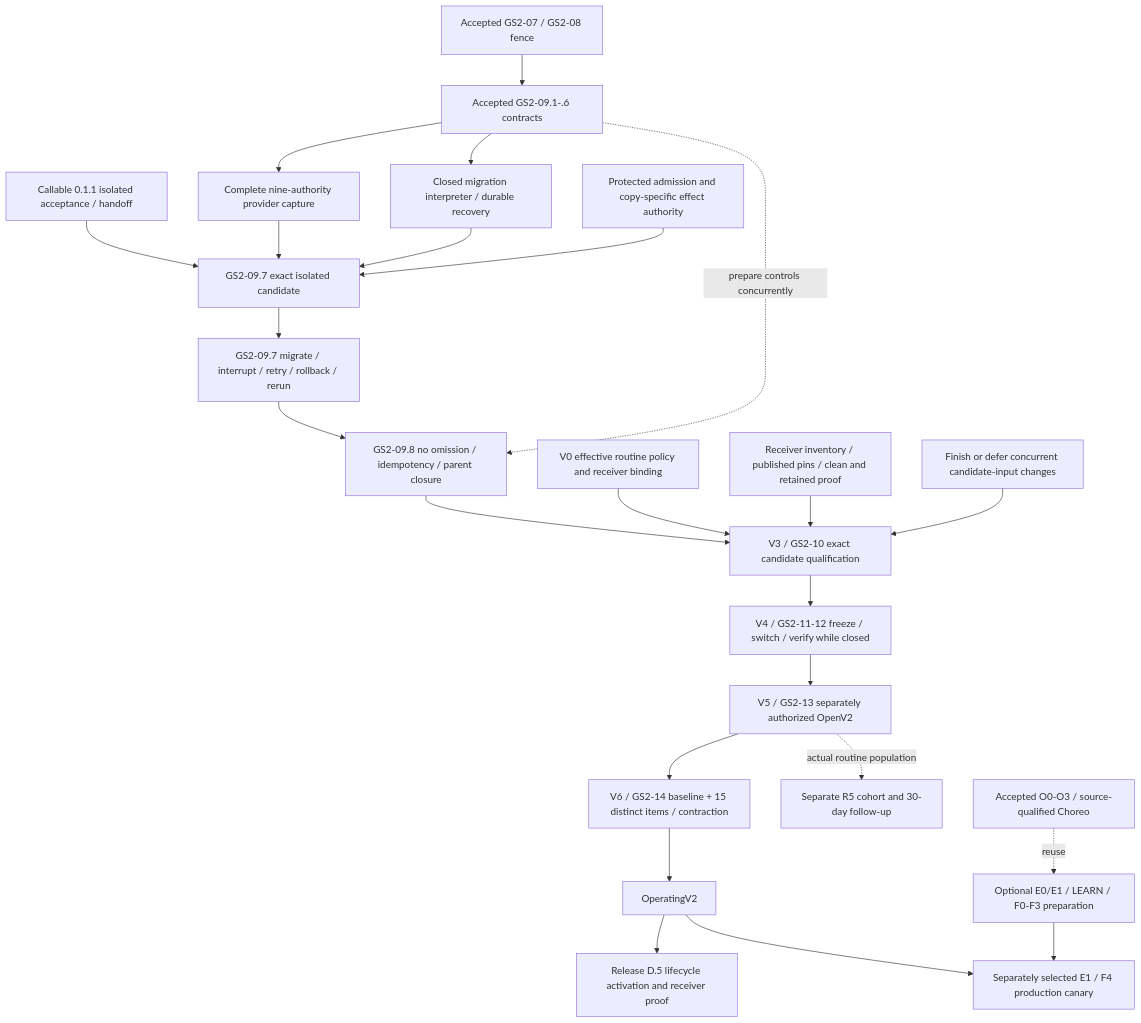
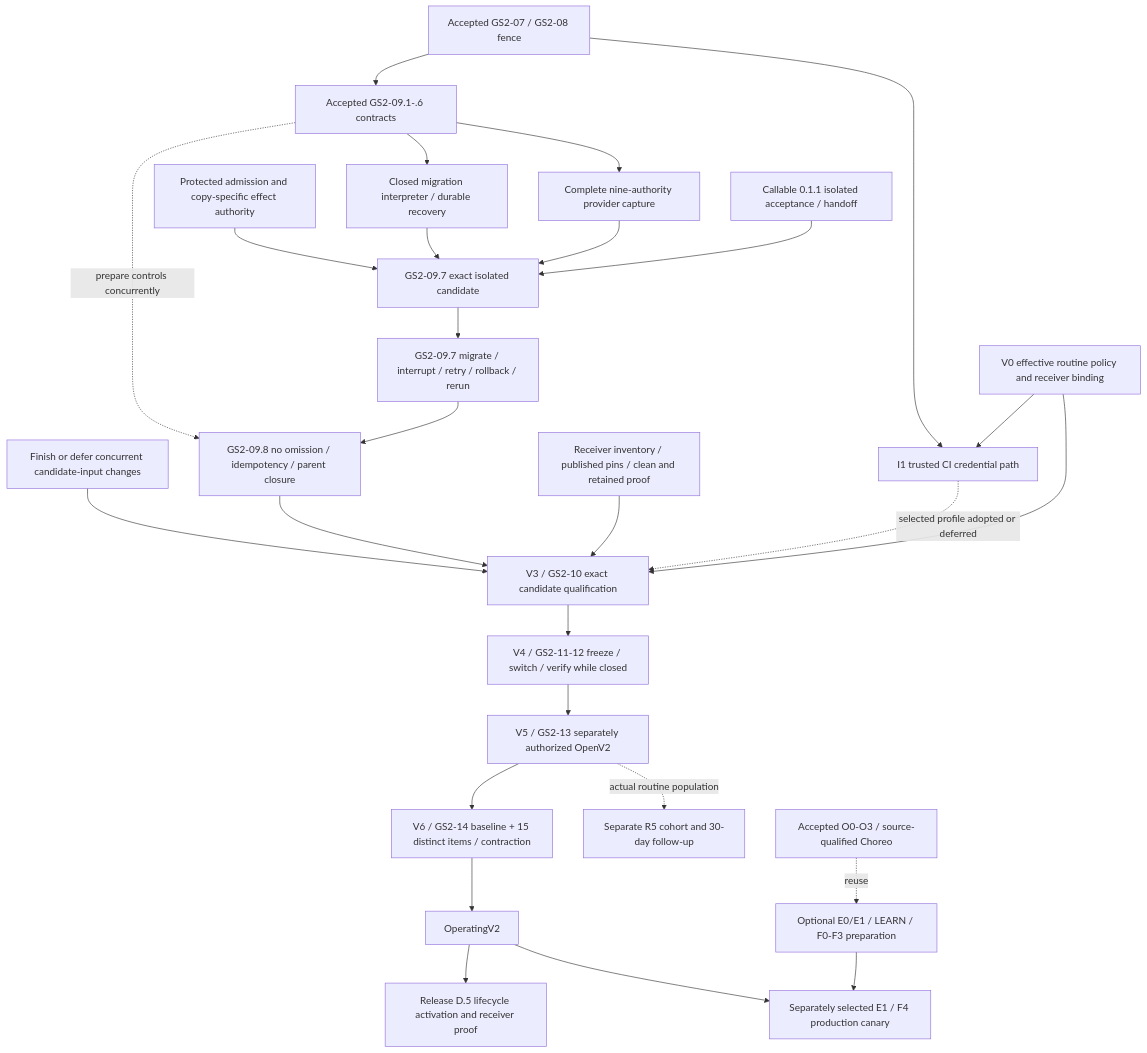
One commit to FS-GG/.github changed the second of 2 diagrams in docs/2026-09-07-154210-fs-gg-unified-development-roadmap.md. Above: the diagram before and after it, drawn with Mermaid. The commit also changed other lines of this file and 4 other files, not shown here.

````diff
--- a/docs/2026-09-07-154210-fs-gg-unified-development-roadmap.md
+++ b/docs/2026-09-07-154210-fs-gg-unified-development-roadmap.md
@@ -1067,26 +1068,29 @@
 ```mermaid
 flowchart TD
     V1["Accepted GS2-07 / GS2-08 fence"] --> Contracts["Accepted GS2-09.1-.6 contracts"]
     Call["Callable 0.1.1 isolated acceptance / handoff"] --> Join["GS2-09.7 exact isolated candidate"]
     Contracts --> Read["Complete nine-authority provider capture"]
     Contracts --> Execute["Closed migration interpreter / durable recovery"]
     Read --> Join
     Execute --> Join
     Authority["Protected admission and copy-specific effect authority"] --> Join
     Join --> Rehearse["GS2-09.7 migrate / interrupt / retry / rollback / rerun"]
     Rehearse --> Omit["GS2-09.8 no omission / idempotency / parent closure"]
     Contracts -. prepare controls concurrently .-> Omit
     Policy["V0 effective routine policy and receiver binding"] --> Freeze["V3 / GS2-10 exact candidate qualification"]
+    Policy --> I1["I1 trusted CI credential path"]
+    V1 --> I1
+    I1 -. selected profile adopted or deferred .-> Freeze
     Receivers["Receiver inventory / published pins / clean and retained proof"] --> Freeze
     Omit --> Freeze
     Changes["Finish or defer concurrent candidate-input changes"] --> Freeze
     Freeze --> Closed["V4 / GS2-11-12 freeze / switch / verify while closed"]
     Closed --> Open["V5 / GS2-13 separately authorized OpenV2"]
     Open --> Observe["V6 / GS2-14 baseline + 15 distinct items / contraction"]
     Observe --> Operating["OperatingV2"]
     Open -. actual routine population .-> R5["Separate R5 cohort and 30-day follow-up"]
     Operating --> Lifecycle["Release D.5 lifecycle activation and receiver proof"]
     Foundations["Accepted O0-O3 / source-qualified Choreo"] -. reuse .-> Extensions["Optional E0/E1 / LEARN / F0-F3 preparation"]
     Extensions --> Canary["Separately selected E1 / F4 production canary"]
     Operating --> Canary
 ```
````
